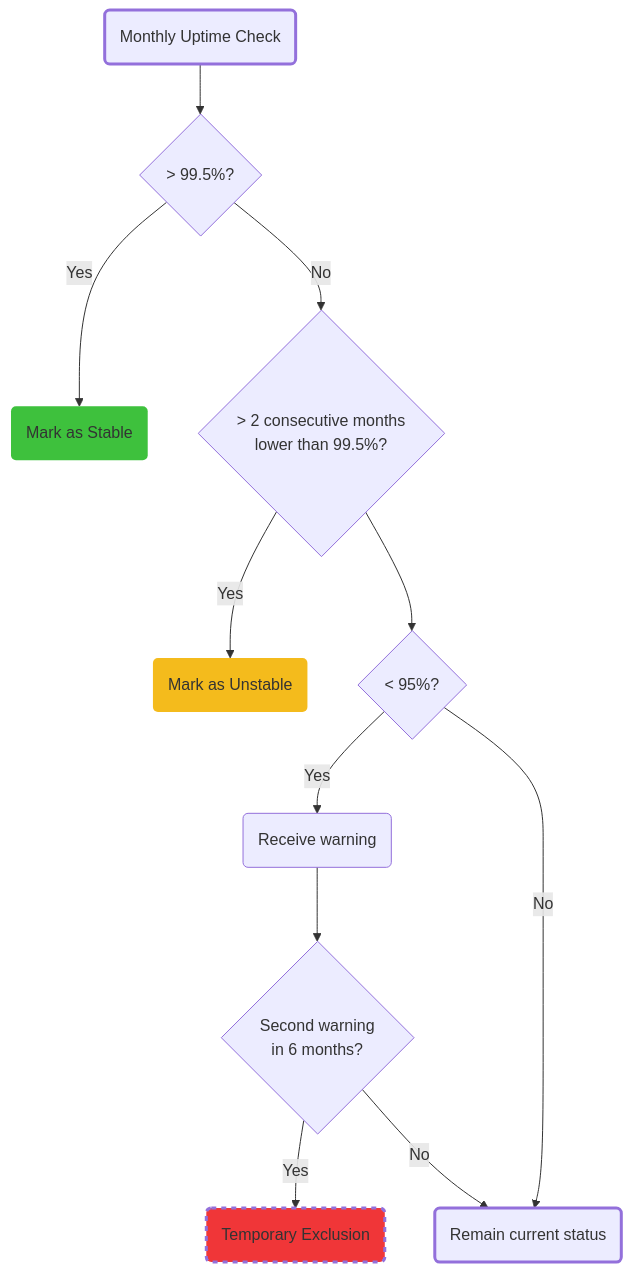
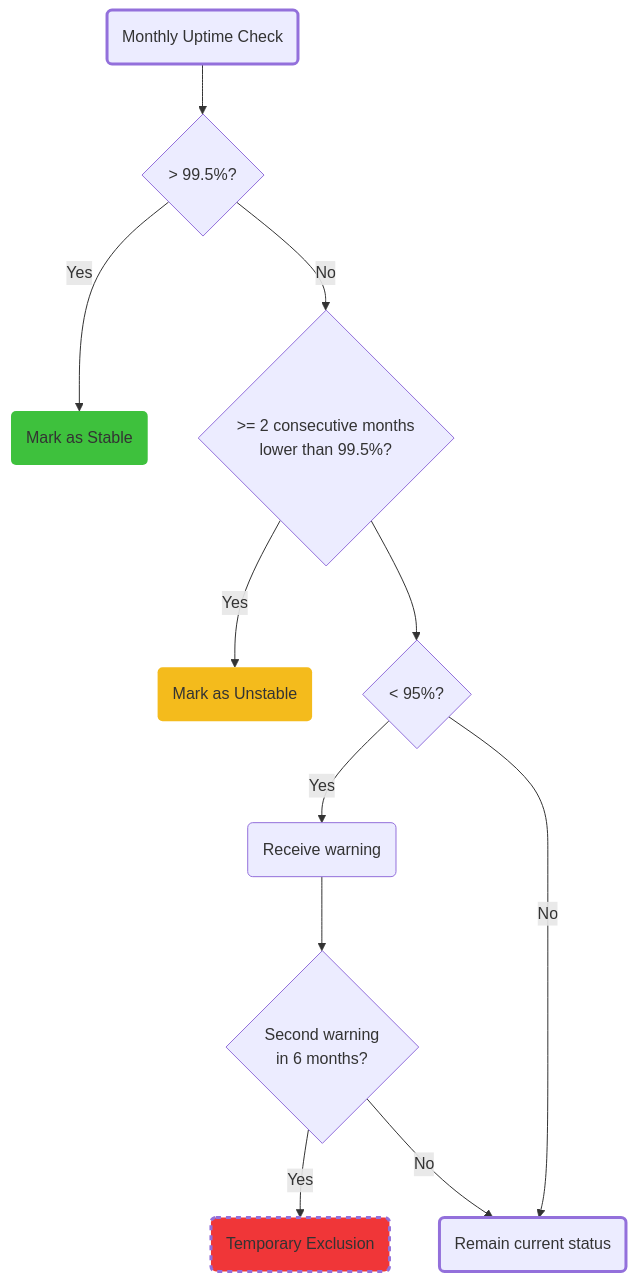
One commit to eu-cdse/documentation changed the diagram in APIs/openEO/federation/backends/contract.qmd. Above: the diagram before and after it, drawn with Mermaid.

Commit message:
federation: fix for chart

````diff
--- a/APIs/openEO/federation/backends/contract.qmd
+++ b/APIs/openEO/federation/backends/contract.qmd
@@ -80,21 +80,21 @@
 ```{mermaid}
 %%| label: fig-uptime-flow
 %%| fig-cap: "Monthly uptime evaluation flow"
 %%| fig-align: "center"
 graph TD
     B(Monthly Uptime Check):::focus --> C{> 99.5%?}
     C -->|Yes| G(Mark as Stable):::stable
-    C -->|No| D{"> 2 consecutive months <br/> lower than 99.5%?"}
+    C -->|No| D{">= 2 consecutive months <br/> lower than 99.5%?"}
     D -->|Yes| H(Mark as Unstable):::unstable
     D --> E{"< 95%?"}
     E -->|Yes| I(Receive warning)
     E -->|No| M
     I --> J{Second warning<br/> in 6 months?}
     J -->|Yes| K(Temporary Exclusion):::exclusion
     J -->|No| M(Remain current status):::focus
 
     classDef focus stroke-width:3px
     classDef stable fill:#3ec13d,;stroke-width:0px
     classDef unstable fill:#f4bb1c,;stroke-width:0px
     classDef exclusion fill:#f03638,stroke-width:3px,stroke-dasharray: 5 5
 ```
````
